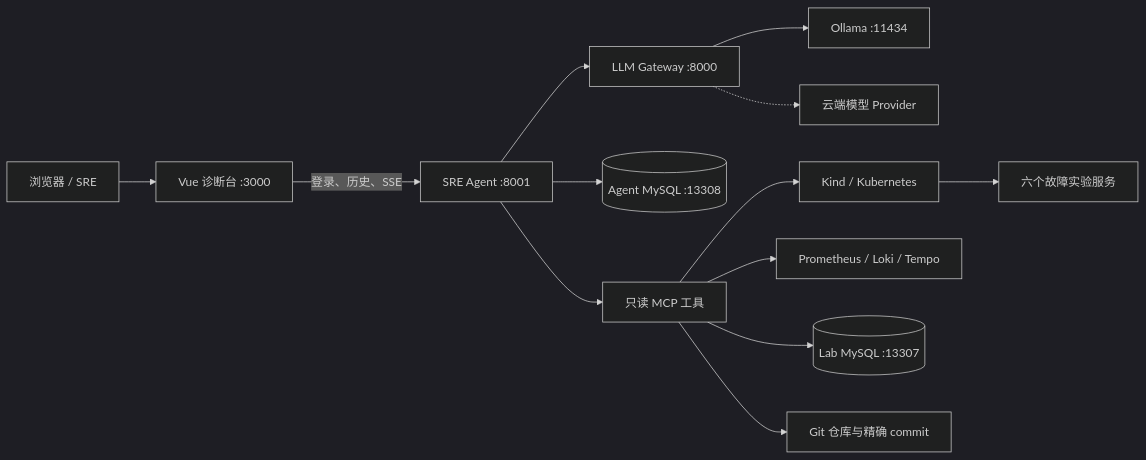
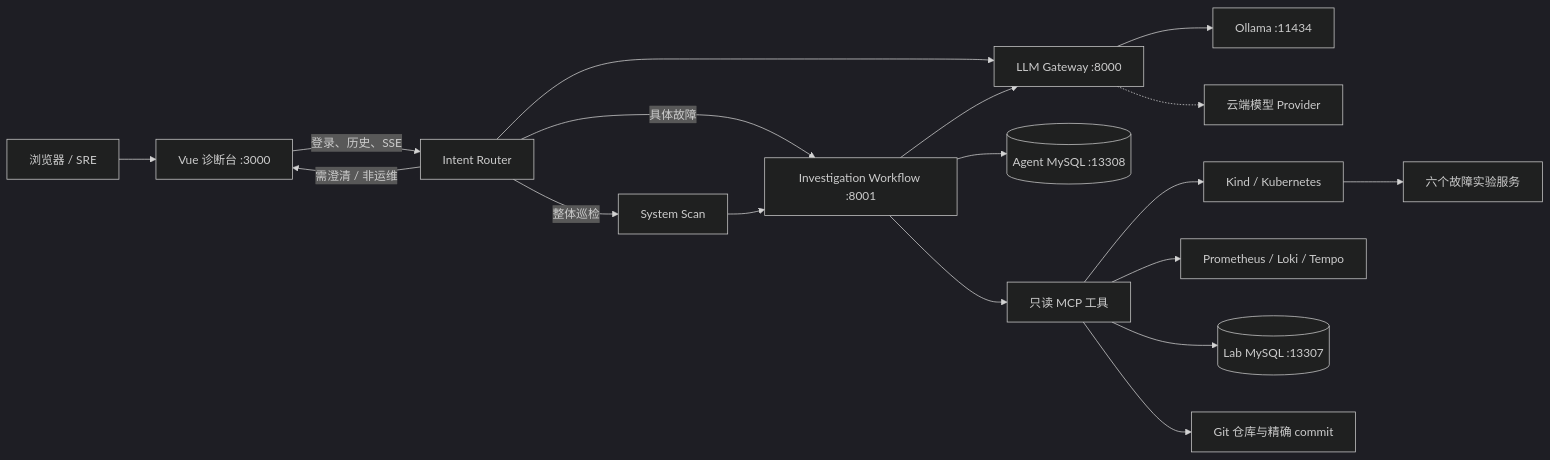
One commit to taxidriver4ever/SRE-Agent-platform changed the diagram in README.md. Above: the diagram before and after it, drawn with Mermaid (dark theme). The commit also changed other lines of this file and 2 other files, not shown here.

First line of the commit message:
docs(sre-agent): add comprehensive documentation for intent routing and system scan workflow

````diff
--- a/README.md
+++ b/README.md
@@ -20,15 +20,20 @@
 ```mermaid
 flowchart LR
     U["浏览器 / SRE"] --> F["Vue 诊断台 :3000"]
-    F -->|"登录、历史、SSE"| A["SRE Agent :8001"]
-    A --> G["LLM Gateway :8000"]
+    F -->|"登录、历史、SSE"| I["Intent Router"]
+    I -->|"具体故障"| A["Investigation Workflow :8001"]
+    I -->|"整体巡检"| SS["System Scan"]
+    SS --> A
+    I -->|"需澄清 / 非运维"| F
+    I --> G["LLM Gateway :8000"]
+    A --> G
     G --> O["Ollama :11434"]
     G -.-> P["云端模型 Provider"]
     A --> M[("Agent MySQL :13308")]
     A --> T["只读 MCP 工具"]
     T --> K["Kind / Kubernetes"]
     T --> OBS["Prometheus / Loki / Tempo"]
     T --> DB[("Lab MySQL :13307")]
     T --> R["Git 仓库与精确 commit"]
     K --> S["六个故障实验服务"]
 ```
````
